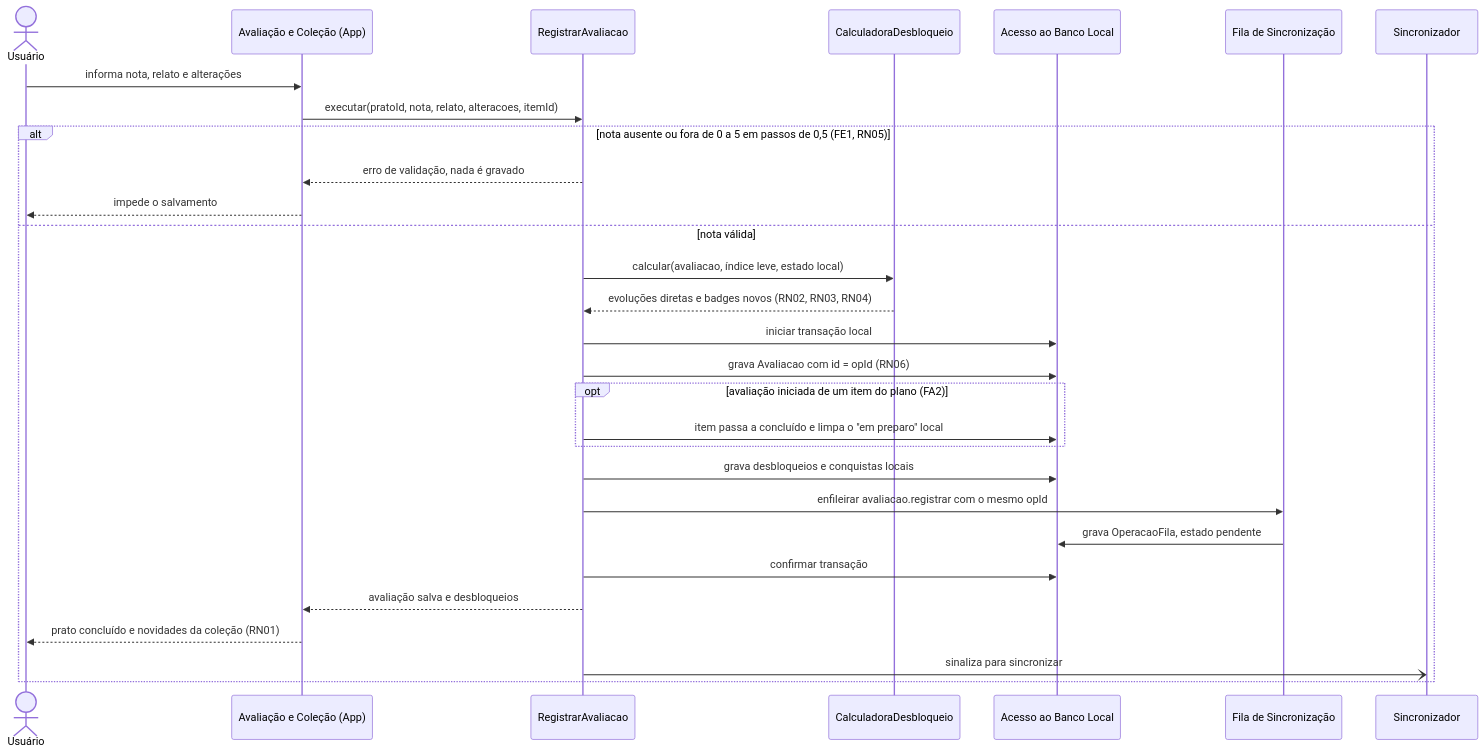
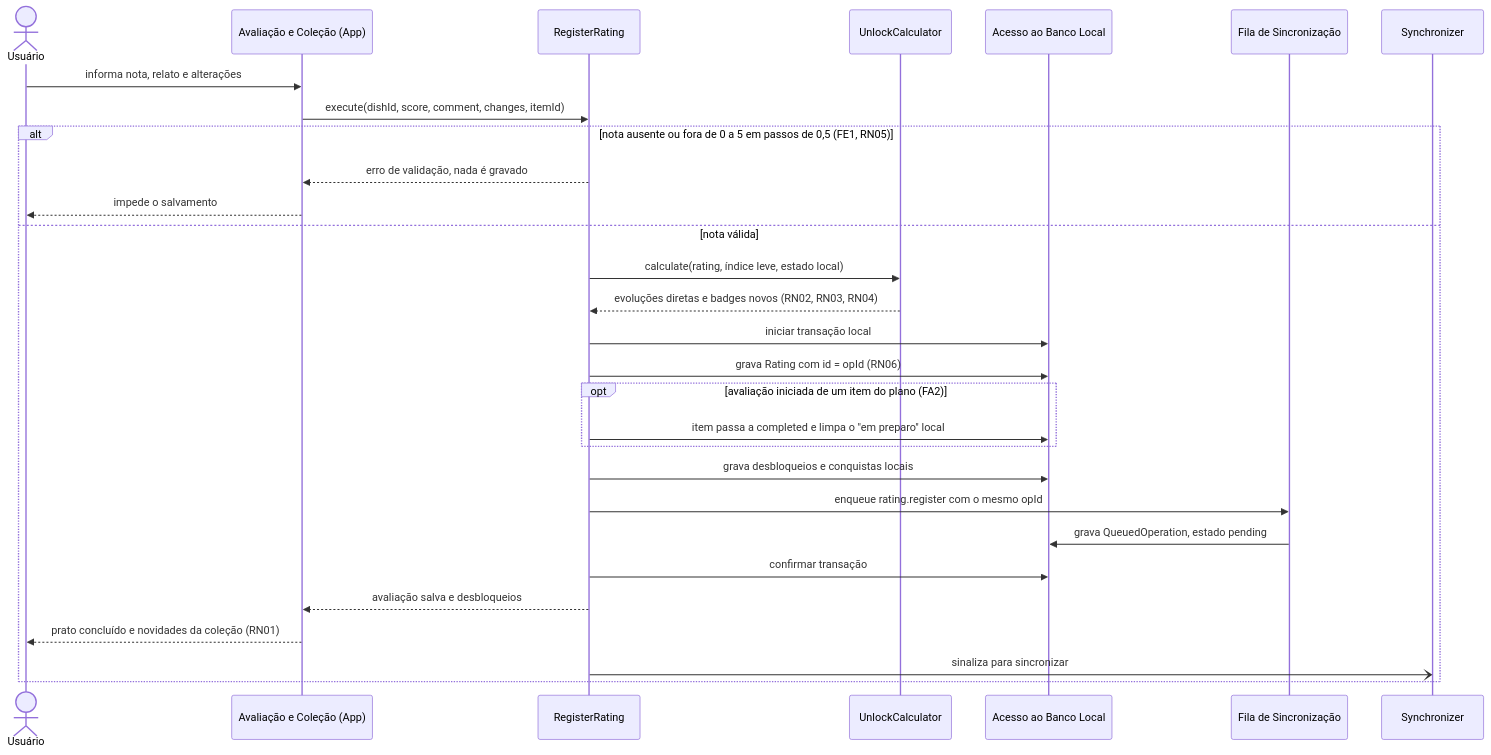
Before and after one commit to AnnyFilgueiras/projeto_tsi: the first of 2 diagrams in docs/fase2/2.6-diagramas_fluxos_contratos/sequencia-uc10.md, drawn with Mermaid. The commit also changed other lines of this file and 4 other files, not shown here.

Commit message:
docs: update class diagram and sequences to v1.1 (English identifiers, Tx)

````diff
--- a/docs/fase2/2.6-diagramas_fluxos_contratos/sequencia-uc10.md
+++ b/docs/fase2/2.6-diagramas_fluxos_contratos/sequencia-uc10.md
@@ -10,32 +11,32 @@
 ```mermaid
 sequenceDiagram
   actor U as Usuário
   participant AV as Avaliação e Coleção (App)
-  participant RA as RegistrarAvaliacao
-  participant CD as CalculadoraDesbloqueio
+  participant RA as RegisterRating
+  participant CD as UnlockCalculator
   participant BL as Acesso ao Banco Local
   participant FI as Fila de Sincronização
-  participant SY as Sincronizador
+  participant SY as Synchronizer
 
   U->>AV: informa nota, relato e alterações
-  AV->>RA: executar(pratoId, nota, relato, alteracoes, itemId)
+  AV->>RA: execute(dishId, score, comment, changes, itemId)
   alt nota ausente ou fora de 0 a 5 em passos de 0,5 (FE1, RN05)
     RA-->>AV: erro de validação, nada é gravado
     AV-->>U: impede o salvamento
   else nota válida
-    RA->>CD: calcular(avaliacao, índice leve, estado local)
+    RA->>CD: calculate(rating, índice leve, estado local)
     CD-->>RA: evoluções diretas e badges novos (RN02, RN03, RN04)
     RA->>BL: iniciar transação local
-    RA->>BL: grava Avaliacao com id = opId (RN06)
+    RA->>BL: grava Rating com id = opId (RN06)
     opt avaliação iniciada de um item do plano (FA2)
-      RA->>BL: item passa a concluído e limpa o "em preparo" local
+      RA->>BL: item passa a completed e limpa o "em preparo" local
     end
     RA->>BL: grava desbloqueios e conquistas locais
-    RA->>FI: enfileirar avaliacao.registrar com o mesmo opId
-    FI->>BL: grava OperacaoFila, estado pendente
+    RA->>FI: enqueue rating.register com o mesmo opId
+    FI->>BL: grava QueuedOperation, estado pending
     RA->>BL: confirmar transação
     RA-->>AV: avaliação salva e desbloqueios
     AV-->>U: prato concluído e novidades da coleção (RN01)
     RA-)SY: sinaliza para sincronizar
   end
 ```
````
